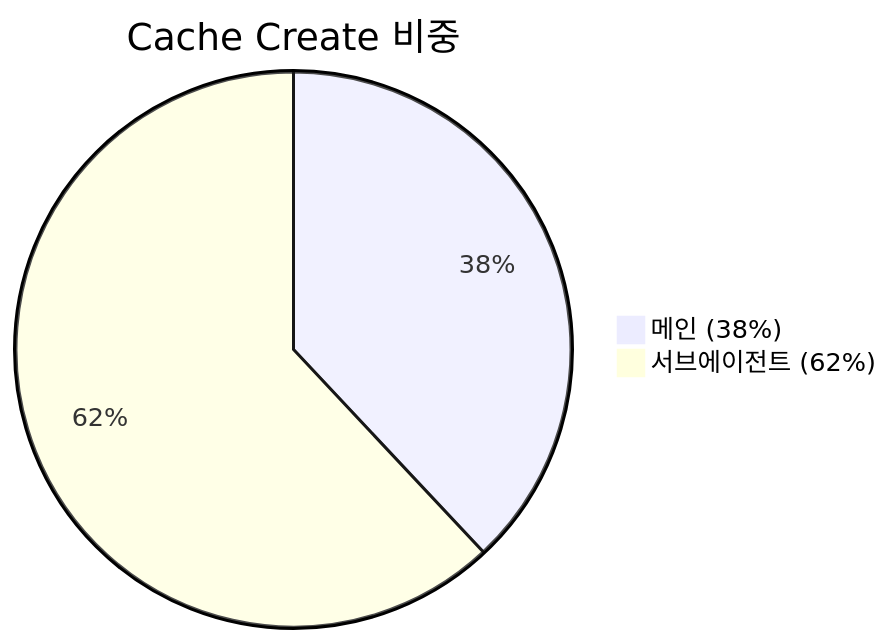
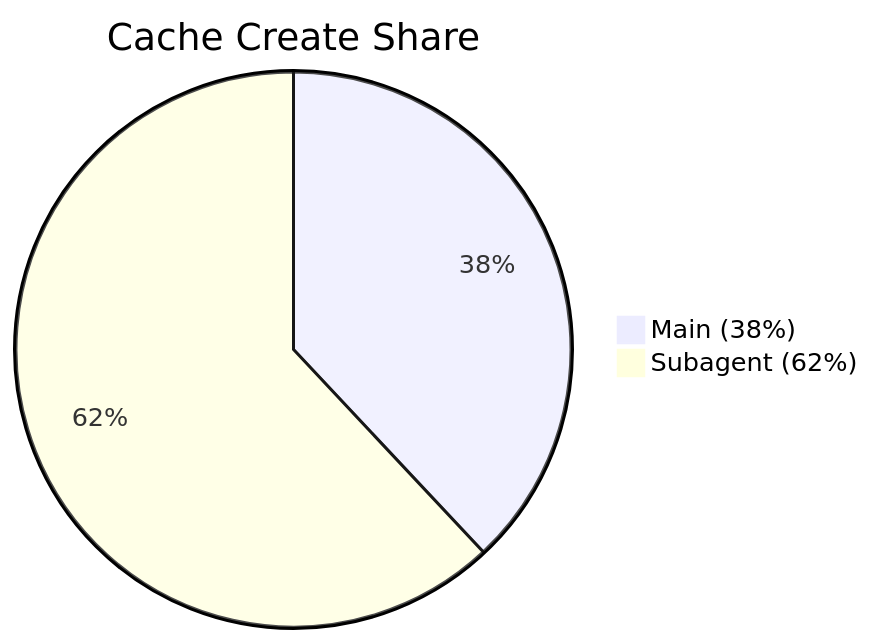
The second of 3 diagrams in ko/03_JSONL-ANALYSIS.md (ArkNill/claude-code-hidden-problem-analysis), drawn with Mermaid before and after one commit. The commit also changed other lines of this file and 17 other files, not shown here.

````diff
--- a/ko/03_JSONL-ANALYSIS.md
+++ b/ko/03_JSONL-ANALYSIS.md
@@ -178,5 +176,5 @@
 ```mermaid
-pie title Cache Create 비중
-    "메인 (38%)" : 50302333
-    "서브에이전트 (62%)" : 82034105
+pie title Cache Create Share
+    "Main (38%)" : 50302333
+    "Subagent (62%)" : 82034105
 ```
````
